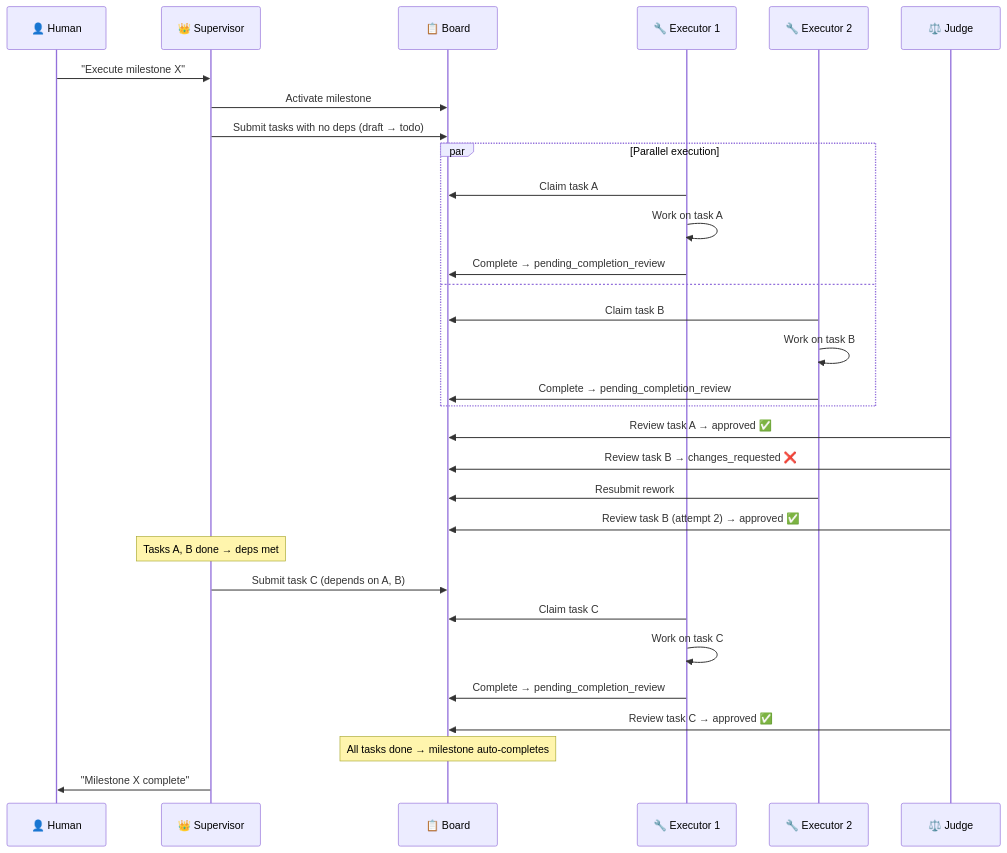
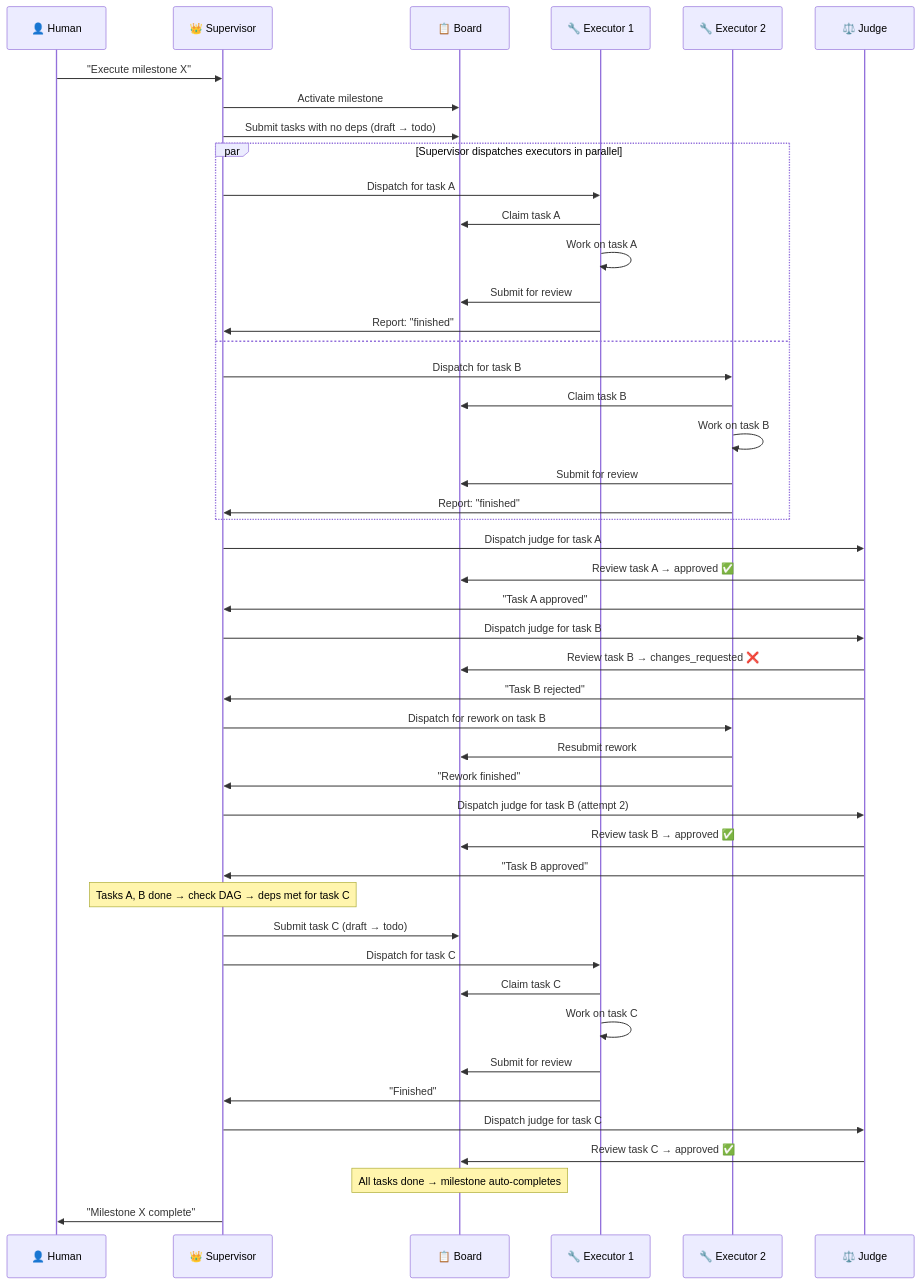
One commit to vilosource/vtaskforge changed the fourth of 4 diagrams in docs/design/agent-execution-process-DESIGN.md. Above: the diagram before and after it, drawn with Mermaid. The commit also changed other lines of this file, not shown here.

First line of the commit message:
Fix agent execution diagrams: supervisor dispatches, never verifies

````diff
--- a/docs/design/agent-execution-process-DESIGN.md
+++ b/docs/design/agent-execution-process-DESIGN.md
@@ -159,41 +172,59 @@
 ```mermaid
 sequenceDiagram
     participant H as 👤 Human
     participant S as 👑 Supervisor
     participant B as 📋 Board
     participant E1 as 🔧 Executor 1
     participant E2 as 🔧 Executor 2
     participant J as ⚖️ Judge
 
     H->>S: "Execute milestone X"
     S->>B: Activate milestone
     S->>B: Submit tasks with no deps (draft → todo)
 
-    par Parallel execution
+    par Supervisor dispatches executors in parallel
+        S->>E1: Dispatch for task A
         E1->>B: Claim task A
         E1->>E1: Work on task A
-        E1->>B: Complete → pending_completion_review
+        E1->>B: Submit for review
+        E1->>S: Report: "finished"
     and
+        S->>E2: Dispatch for task B
         E2->>B: Claim task B
         E2->>E2: Work on task B
-        E2->>B: Complete → pending_completion_review
+        E2->>B: Submit for review
+        E2->>S: Report: "finished"
     end
 
+    S->>J: Dispatch judge for task A
     J->>B: Review task A → approved ✅
+    J->>S: "Task A approved"
+
+    S->>J: Dispatch judge for task B
     J->>B: Review task B → changes_requested ❌
+    J->>S: "Task B rejected"
 
+    S->>E2: Dispatch for rework on task B
     E2->>B: Resubmit rework
-    J->>B: Review task B (attempt 2) → approved ✅
+    E2->>S: "Rework finished"
 
-    Note over S: Tasks A, B done → deps met
-    S->>B: Submit task C (depends on A, B)
+    S->>J: Dispatch judge for task B (attempt 2)
+    J->>B: Review task B → approved ✅
+    J->>S: "Task B approved"
 
+    Note over S: Tasks A, B done → check DAG → deps met for task C
+    S->>B: Submit task C (draft → todo)
+
+    S->>E1: Dispatch for task C
     E1->>B: Claim task C
     E1->>E1: Work on task C
-    E1->>B: Complete → pending_completion_review
+    E1->>B: Submit for review
+    E1->>S: "Finished"
+
+    S->>J: Dispatch judge for task C
     J->>B: Review task C → approved ✅
 
     Note over B: All tasks done → milestone auto-completes
 
     S->>H: "Milestone X complete"
 ```
````
